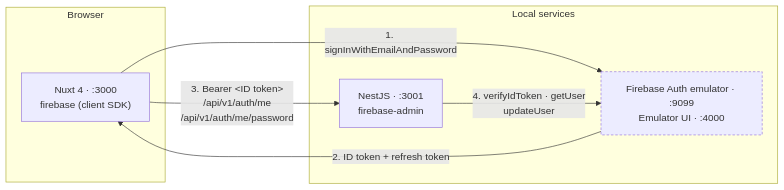
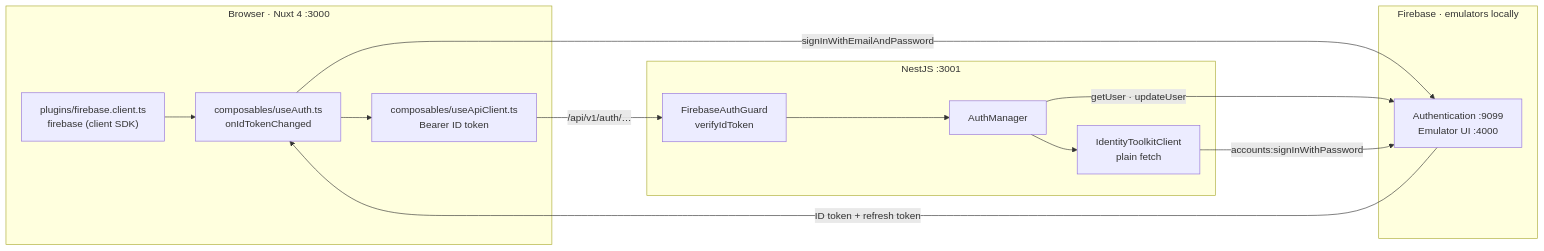
The first of 2 diagrams in _docs/plan/[auth]-google_firebase_authentication_integration.md (datntdev0/projects.media-studio), drawn with Mermaid before and after one commit. The commit also changed other lines of this file and 11 other files, not shown here.

````diff
--- a/_docs/plan/[auth]-google_firebase_authentication_integration.md
+++ b/_docs/plan/[auth]-google_firebase_authentication_integration.md
@@ -11,18 +74,28 @@
 ```mermaid
 flowchart LR
-    subgraph client["Browser"]
-        FE["Nuxt 4 · :3000<br/>firebase (client SDK)"]
+    subgraph client["Browser · Nuxt 4 :3000"]
+        PLUGIN["plugins/firebase.client.ts<br/>firebase (client SDK)"]
+        AUTH["composables/useAuth.ts<br/>onIdTokenChanged"]
+        API["composables/useApiClient.ts<br/>Bearer ID token"]
     end
 
-    subgraph server["Local services"]
-        BE["NestJS · :3001<br/>firebase-admin"]
-        EM["Firebase Auth emulator · :9099<br/>Emulator UI · :4000"]
+    subgraph server["NestJS :3001"]
+        GUARD["FirebaseAuthGuard<br/>verifyIdToken"]
+        MGR["AuthManager"]
+        ITK["IdentityToolkitClient<br/>plain fetch"]
     end
 
-    FE -- "1. signInWithEmailAndPassword" --> EM
-    EM -- "2. ID token + refresh token" --> FE
-    FE -- "3. Bearer &lt;ID token&gt;<br/>/api/v1/auth/me<br/>/api/v1/auth/me/password" --> BE
-    BE -- "4. verifyIdToken · getUser<br/>updateUser" --> EM
+    subgraph fb["Firebase · emulators locally"]
+        EM["Authentication :9099<br/>Emulator UI :4000"]
+    end
 
-    style EM stroke-dasharray: 4 3
+    PLUGIN --> AUTH
+    AUTH -- "signInWithEmailAndPassword" --> EM
+    EM -- "ID token + refresh token" --> AUTH
+    AUTH --> API
+    API -- "/api/v1/auth/…" --> GUARD
+    GUARD --> MGR
+    MGR -- "getUser · updateUser" --> EM
+    MGR --> ITK
+    ITK -- "accounts:signInWithPassword" --> EM
 ```
````
